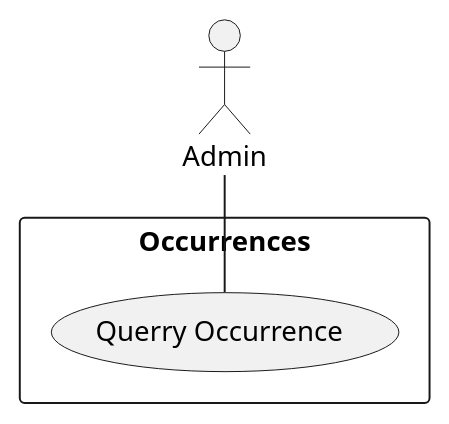
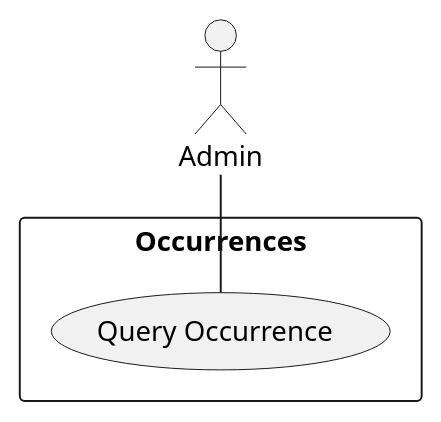
Before and after one commit to bmb0136/COMP-3700-Project: the diagram in Use Cases/QueryOccurrence.iuml, drawn with PlantUML. The commit also changed other lines of this file, not shown here.

```diff
--- a/Use Cases/QueryOccurrence.iuml
+++ b/Use Cases/QueryOccurrence.iuml
@@ -1,7 +1,7 @@
 @startuml Edit Occurence
 rectangle "Occurrences"{
-(Querry Occurrence)
+(Query Occurrence)
 }
 actor :Admin:
-Admin -- (Querry Occurrence)
+Admin -- (Query Occurrence)
 @enduml
```
